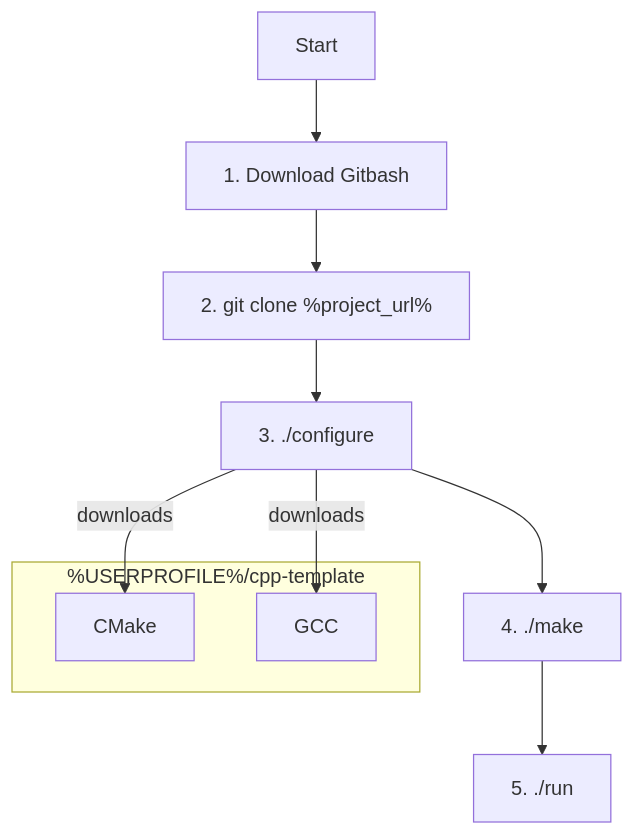
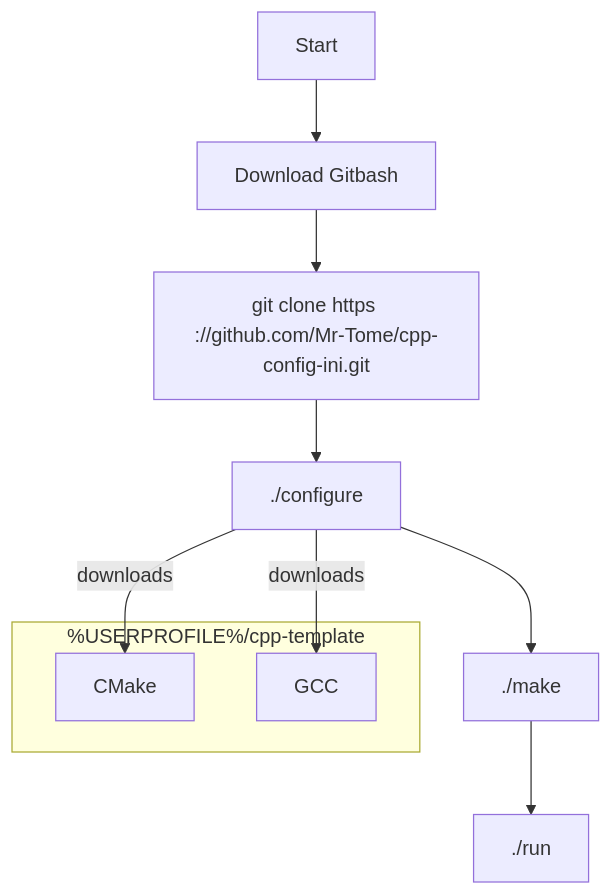
Before and after one commit to Mr-Tome/cpp-config-ini: the diagram in README.md, drawn with Mermaid.

Commit message:
Update README.md
updating readme

````diff
--- a/README.md
+++ b/README.md
@@ -6,19 +6,20 @@
 ```mermaid
 flowchart
 	A[Start]
-	A-->Gitbash["1. Download Gitbash"]
-	Gitbash-->clone["2. git clone %project_url%"]-->configure["3. ./configure"]-->make["4. ./make"] --> run["5. ./run"]
+	A-->Gitbash[Download Gitbash]
+	Gitbash-->clone["git clone https ://github.com/Mr-Tome/cpp-config-ini.git"]-->configure["./configure"]-->make["./make"] --> run["./run"]
 subgraph "%USERPROFILE%/cpp-template"
+  
 	CMake
 	GCC
 end
 
 configure-->|"downloads"|CMake[CMake]
 configure-->|"downloads"|GCC[GCC]
 
 
 
 
 
 
 ```
````
